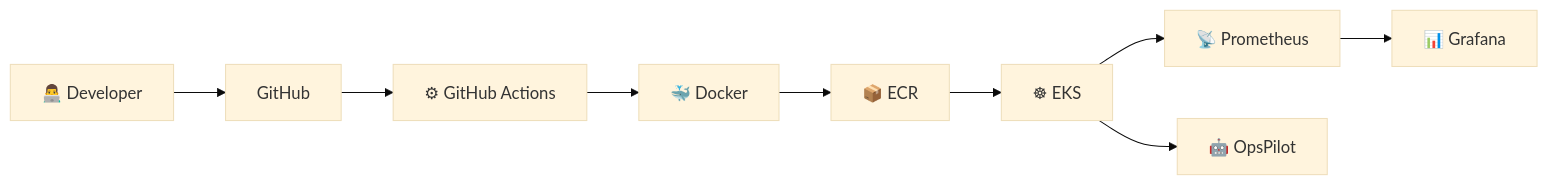
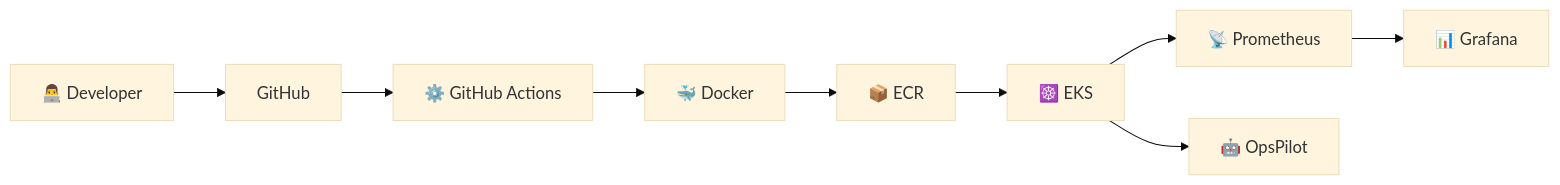
One commit to harshithrosun2705-star/harshithrosun2705-star changed the second of 7 diagrams in README.md. Above: the diagram before and after it, drawn with Mermaid (base theme). The commit also changed other lines of this file, not shown here.

````diff
--- a/README.md
+++ b/README.md
@@ -429,24 +473,24 @@
 ```mermaid
 flowchart LR
 
     DEV["👨‍💻 Developer"]
     GH["GitHub"]
-    CI["⚙ GitHub Actions"]
+    CI["⚙️ GitHub Actions"]
     DK["🐳 Docker"]
     ECR["📦 ECR"]
-    EKS["☸ EKS"]
+    EKS["☸️ EKS"]
     PROM["📡 Prometheus"]
     GRAF["📊 Grafana"]
     OPS["🤖 OpsPilot"]
 
     DEV --> GH
     GH --> CI
     CI --> DK
     DK --> ECR
     ECR --> EKS
 
     EKS --> PROM
     PROM --> GRAF
 
     EKS --> OPS
 ```
````
